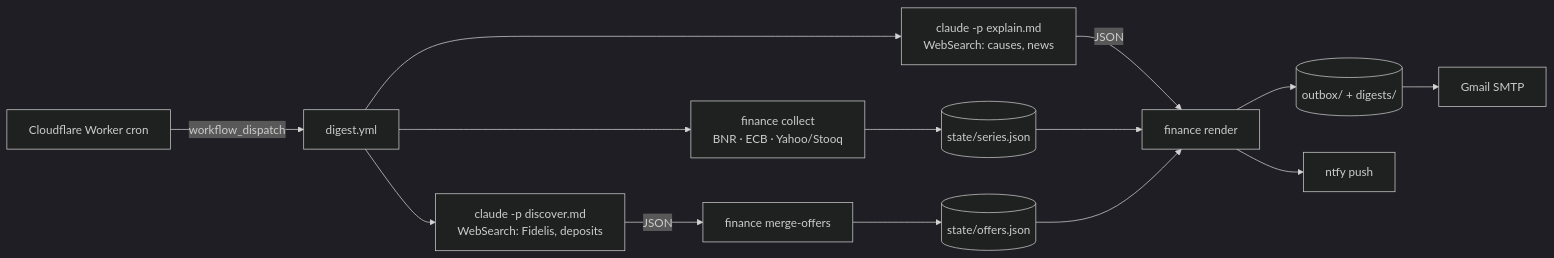
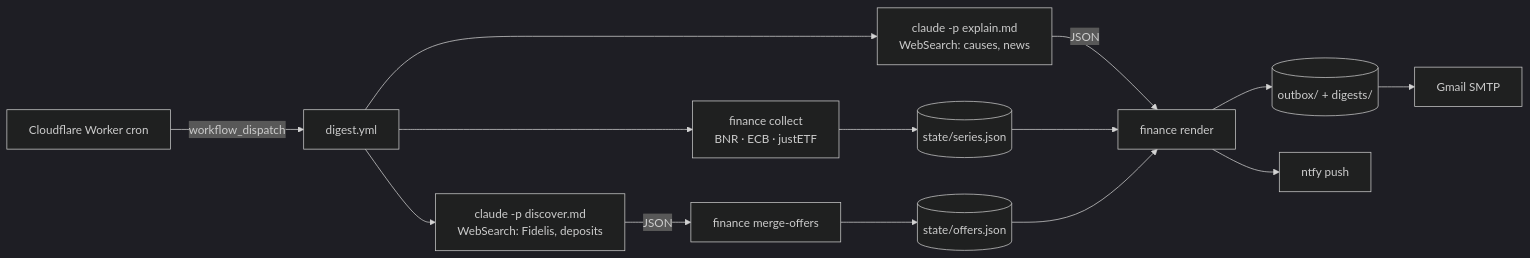
Before and after one commit to teodorio95-portofolio/finance-digest: the diagram in README.md, drawn with Mermaid (dark theme). The commit also changed other lines of this file and 15 other files, not shown here.

First line of the commit message:
ETFs from justETF (Yahoo fallback), BNR feeds from curs.bnr.ro, morning schedule

````diff
--- a/README.md
+++ b/README.md
@@ -9,16 +9,16 @@
 ```mermaid
 flowchart LR
   W[Cloudflare Worker cron] -->|workflow_dispatch| A[digest.yml]
-  A --> C[finance collect<br>BNR · ECB · Yahoo/Stooq]
+  A --> C[finance collect<br>BNR · ECB · justETF]
   C --> S[(state/series.json)]
   A --> D[claude -p discover.md<br>WebSearch: Fidelis, deposits]
   D -->|JSON| M[finance merge-offers]
   M --> O[(state/offers.json)]
   A --> E[claude -p explain.md<br>WebSearch: causes, news]
   E -->|JSON| R[finance render]
   S --> R
   O --> R
   R --> Q[(outbox/ + digests/)]
   Q --> G[Gmail SMTP]
   R --> N[ntfy push]
 ```
````
